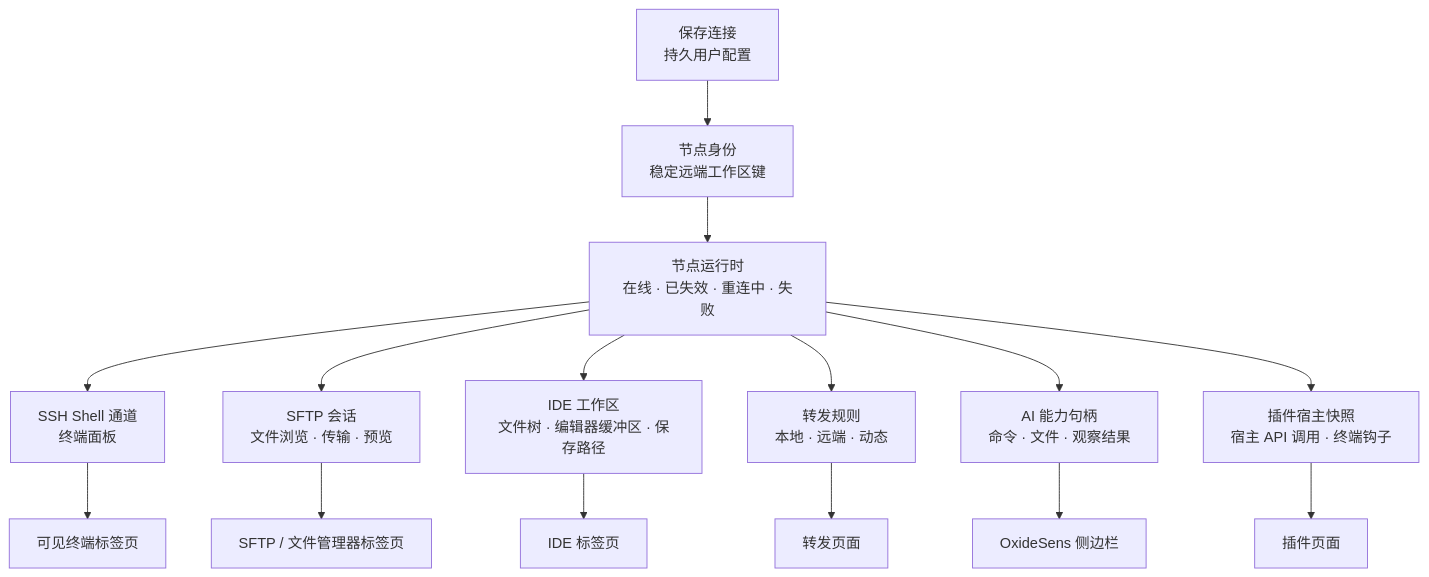
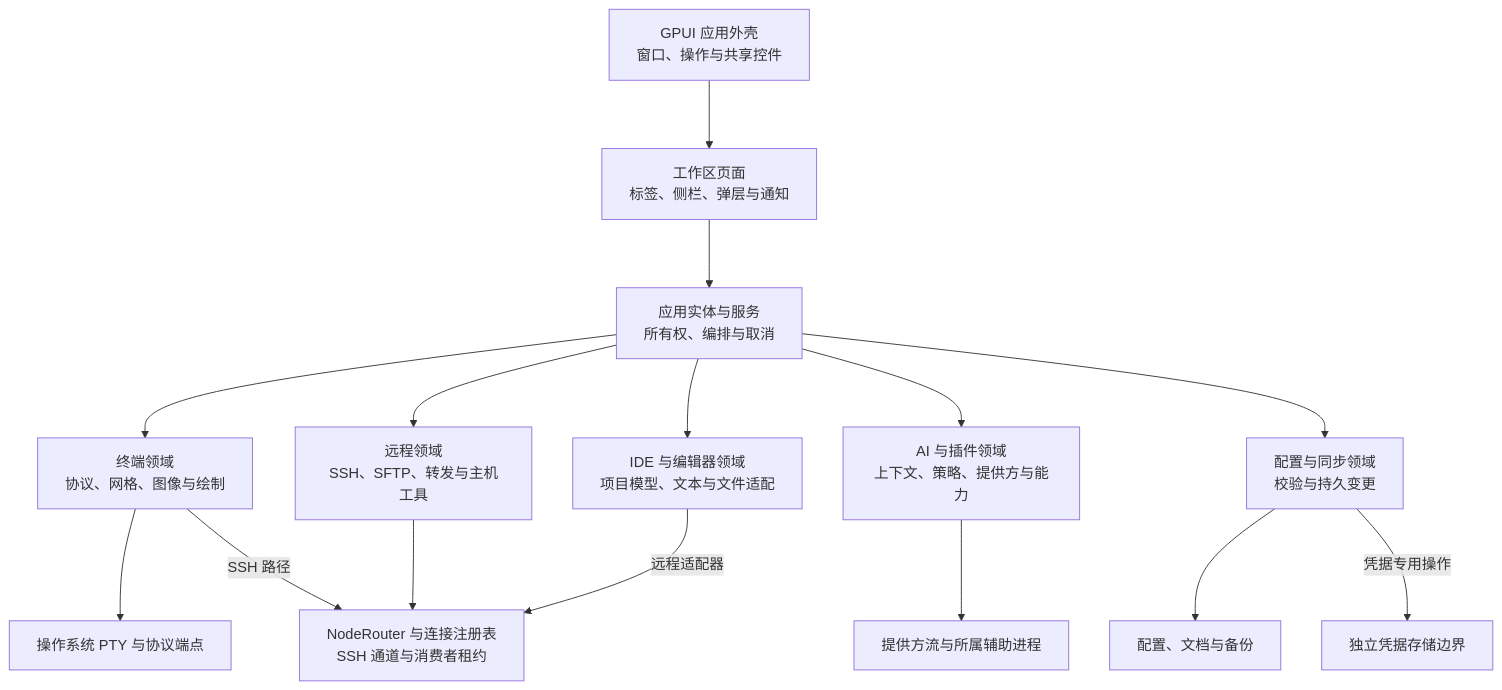
The fifth of 46 diagrams in docs/user-guide/zh-Hans/architecture.md (AnalyseDeCircuit/oxideterm), drawn with Mermaid before and after one commit. The commit also changed other lines of this file and 1 other file, not shown here.

Commit message:
docs(architecture): expand native subsystem diagrams and ownership flows

````diff
--- a/docs/user-guide/zh-Hans/architecture.md
+++ b/docs/user-guide/zh-Hans/architecture.md
@@ -461,19 +366,32 @@
 ```mermaid
+%%{init: {"layout": "dagre", "flowchart": {"nodeSpacing": 45, "rankSpacing": 75, "curve": "basis"}}}%%
 flowchart TB
-    Saved["保存连接<br/>持久用户配置"] --> NodeId["节点身份<br/>稳定远端工作区键"]
-    NodeId --> NodeRuntime["节点运行时<br/>在线 · 已失效 · 重连中 · 失败"]
+    Shell["GPUI 应用外壳<br/>窗口、操作与共享控件"]
+    Views["工作区页面<br/>标签、侧栏、弹层与通知"]
+    Owners["应用实体与服务<br/>所有权、编排与取消"]
+    Terminal["终端领域<br/>协议、网格、图像与绘制"]
+    Remote["远程领域<br/>SSH、SFTP、转发与主机工具"]
+    Editor["IDE 与编辑器领域<br/>项目模型、文本与文件适配"]
+    Extensions["AI 与插件领域<br/>上下文、策略、提供方与能力"]
+    Persistence["配置与同步领域<br/>校验与持久变更"]
+    Pty["操作系统 PTY 与协议端点"]
+    Node["NodeRouter 与连接注册表<br/>SSH 通道与消费者租约"]
+    External["提供方流与所属辅助进程"]
+    Disk["配置、文档与备份"]
+    Vault["独立凭据存储边界"]
 
-    NodeRuntime --> Shell["SSH Shell 通道<br/>终端面板"]
-    NodeRuntime --> Sftp["SFTP 会话<br/>文件浏览 · 传输 · 预览"]
-    NodeRuntime --> Ide["IDE 工作区<br/>文件树 · 编辑器缓冲区 · 保存路径"]
-    NodeRuntime --> Forward["转发规则<br/>本地 · 远端 · 动态"]
-    NodeRuntime --> AiTarget["AI 能力句柄<br/>命令 · 文件 · 观察结果"]
-    NodeRuntime --> PluginConsumers["插件宿主快照<br/>宿主 API 调用 · 终端钩子"]
-
-    Shell --> TerminalTabs["可见终端标签页"]
-    Sftp --> SftpTabs["SFTP / 文件管理器标签页"]
-    Ide --> IdeTabs["IDE 标签页"]
-    Forward --> ForwardSurface["转发页面"]
-    AiTarget --> AiSidebar["OxideSens 侧边栏"]
-    PluginConsumers --> PluginSurfaces["插件页面"]
+    Shell --> Views
+    Views --> Owners
+    Owners --> Terminal
+    Owners --> Remote
+    Owners --> Editor
+    Owners --> Extensions
+    Owners --> Persistence
+    Terminal --> Pty
+    Terminal -->|SSH 路径| Node
+    Remote --> Node
+    Editor -->|远程适配器| Node
+    Extensions --> External
+    Persistence --> Disk
+    Persistence -->|凭据专用操作| Vault
 ```
````
